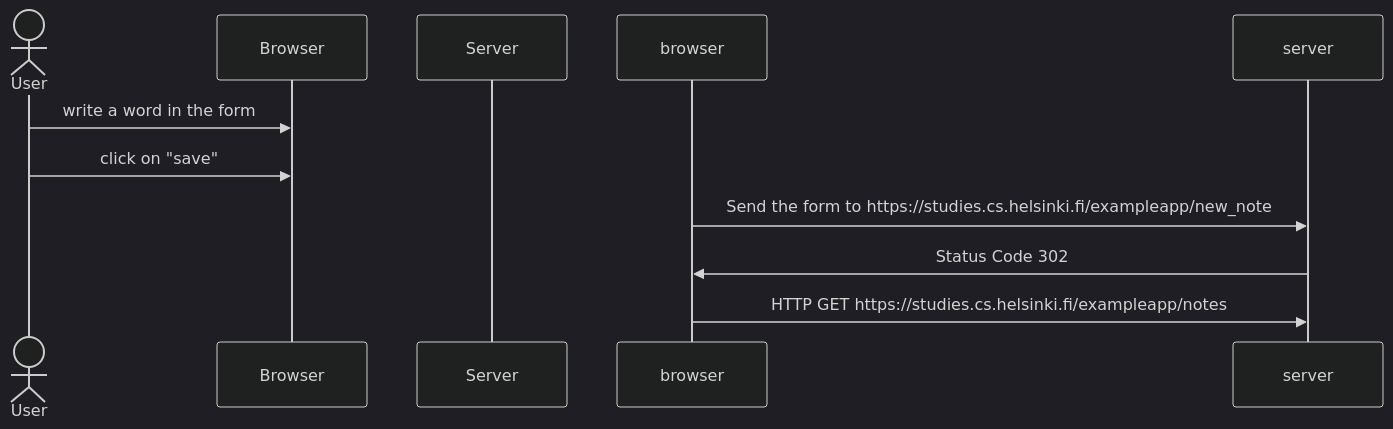
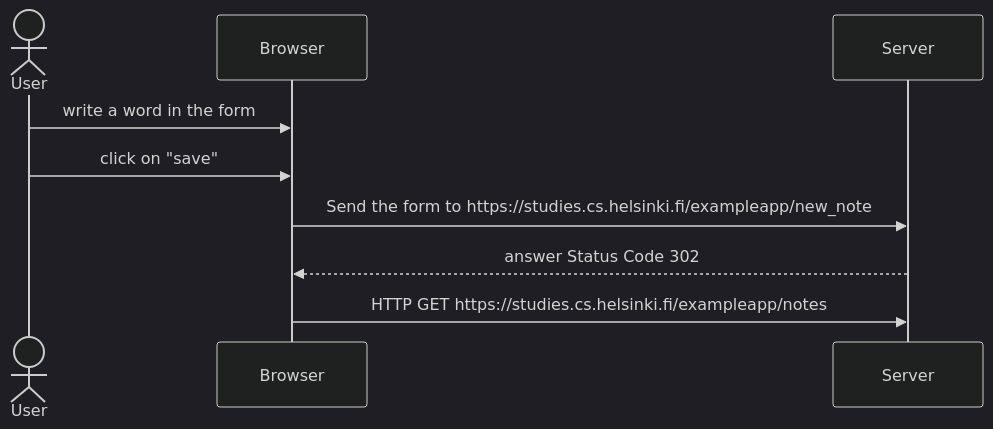
Before and after one commit to Blackleaf3416/Fullstackopen-part0: the diagram in diagram.md, drawn with Mermaid (dark theme).

````diff
--- a/diagram.md
+++ b/diagram.md
@@ -1,13 +1,13 @@
 ```mermaid
 sequenceDiagram
 actor User
 participant Browser
 participant Server
 User->>Browser: write a word in the form
 User->>Browser: click on "save"
-browser->>server: Send the form to https://studies.cs.helsinki.fi/exampleapp/new_note
-server->>browser: Status Code 302
-browser->>server: HTTP GET https://studies.cs.helsinki.fi/exampleapp/notes
+Browser->>Server: Send the form to https://studies.cs.helsinki.fi/exampleapp/new_note
+Server-->>Browser: answer Status Code 302
+Browser->>Server: HTTP GET https://studies.cs.helsinki.fi/exampleapp/notes
   
   
 ```
````
